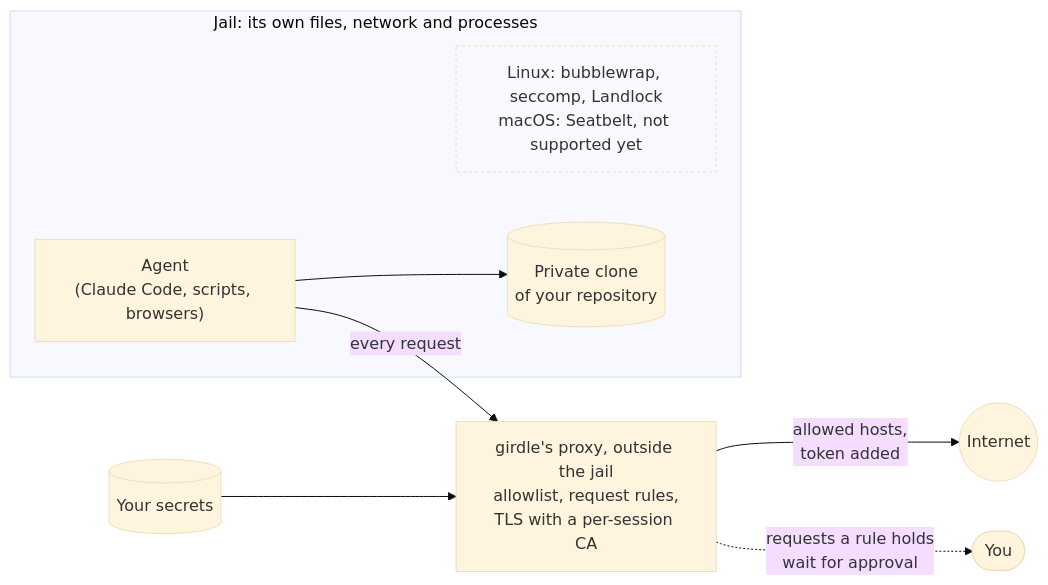
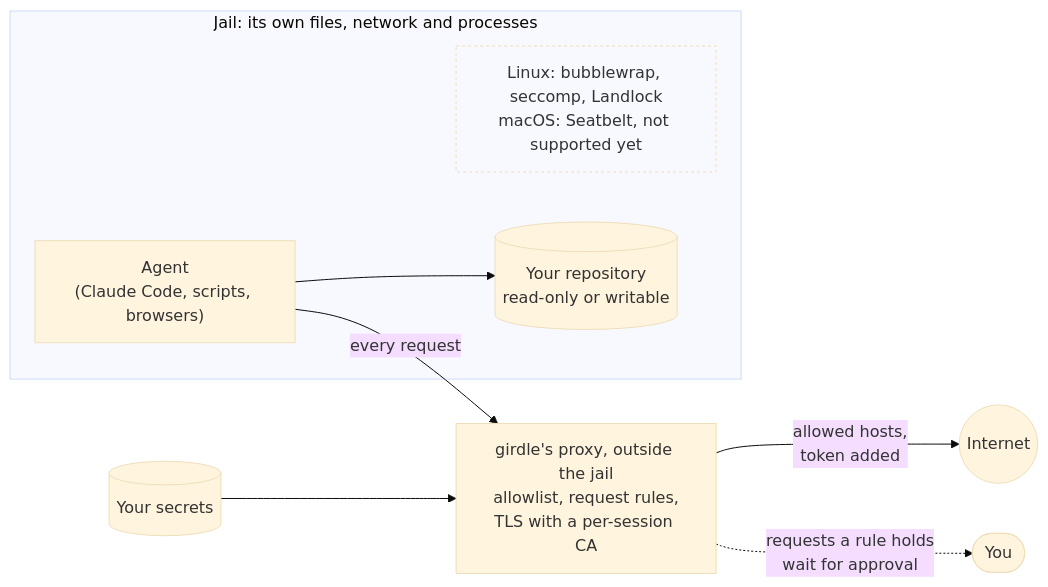
One commit to fnune/doriath changed the diagram in README.md. Above: the diagram before and after it, drawn with Mermaid (base theme). The commit also changed other lines of this file and 23 other files, not shown here.

First line of the commit message:
feat!: replace ro, rw, clone and live with read, write and hide

````diff
--- a/README.md
+++ b/README.md
@@ -75,22 +76,22 @@
 ```mermaid
 flowchart LR
     subgraph jail["Jail: its own files, network and processes"]
         tech["Linux: bubblewrap, seccomp, Landlock<br/>macOS: Seatbelt, not supported yet"]
         agent["Agent<br/>(Claude Code, scripts, browsers)"]
-        clone[("Private clone<br/>of your repository")]
-        agent --> clone
+        repo[("Your repository<br/>read-only or writable")]
+        agent --> repo
     end
 
     proxy["girdle's proxy, outside the jail<br/>allowlist, request rules,<br/>TLS with a per-session CA"]
 
     secrets[("Your secrets")]
     you(["You"])
     internet(("Internet"))
 
     agent -- "every request" --> proxy
     proxy -- "allowed hosts,<br/>token added" --> internet
     proxy -. "requests a rule holds<br/>wait for approval" .-> you
     secrets --> proxy
 
     style tech fill:none,stroke-dasharray:3 3
 ```
````
